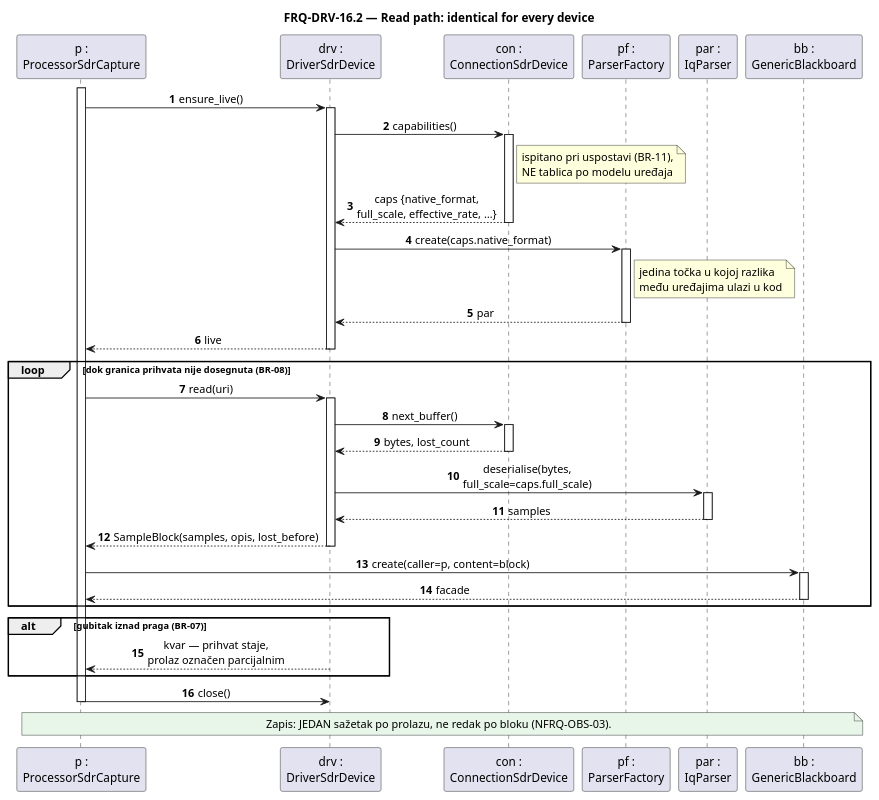
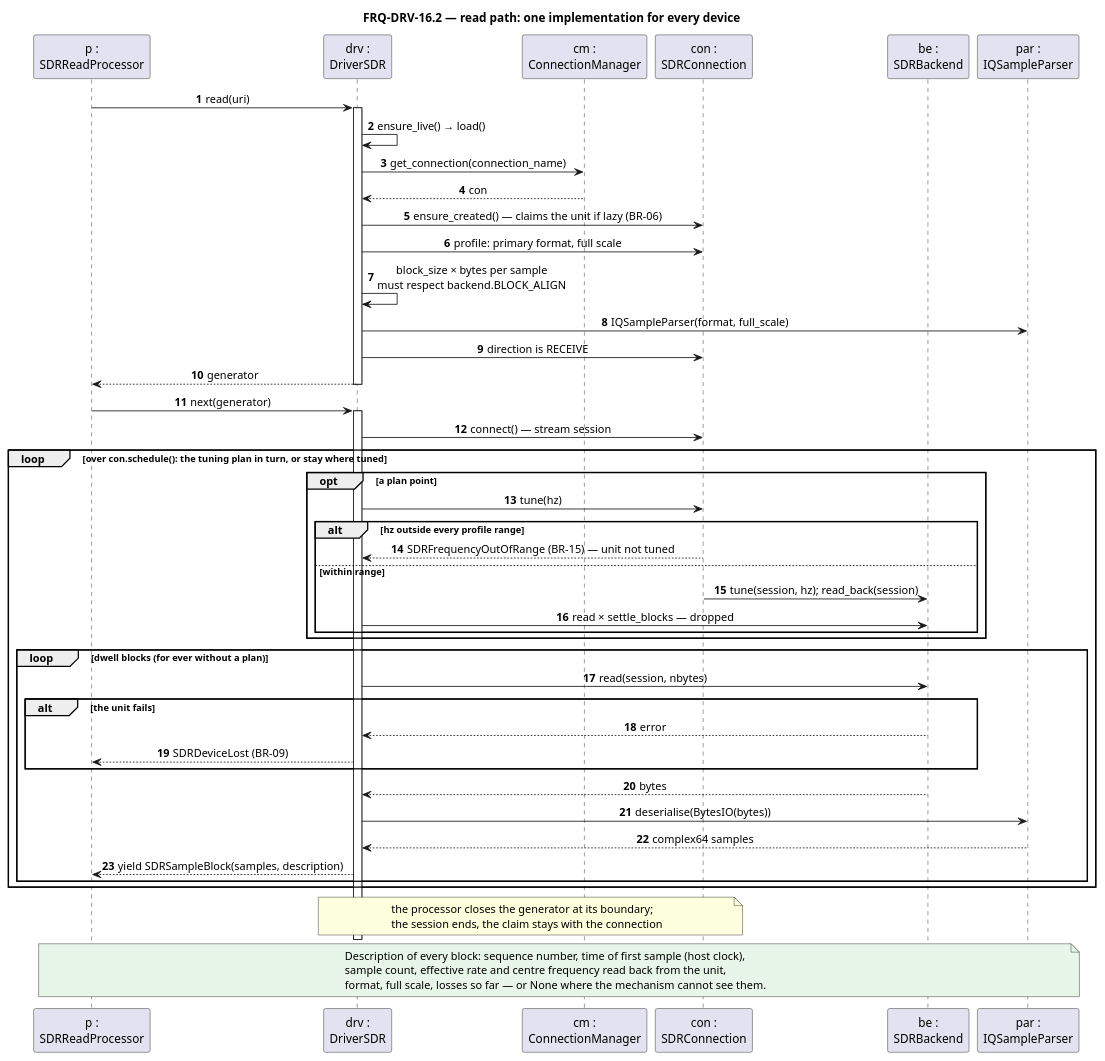
The diagram in 02-FRQ/FRQ-DRV-16.2-read-sequence.puml (wattleflow/documentation), drawn with PlantUML before and after one commit. The commit also changed 26 other files, not shown here.

```diff
--- a/02-FRQ/FRQ-DRV-16.2-read-sequence.puml
+++ b/02-FRQ/FRQ-DRV-16.2-read-sequence.puml
@@ -1,73 +1,66 @@
 @startuml FRQ-DRV-16.2-read-sequence
-' Putanja čitanja kao INTERAKCIJA — poziv po pozivu.
+' Putanja čitanja kao interakcija — poziv po pozivu.
 ' Gledište: izvedba. Publika: implementator.
-' Prikaz, ne izvor istine (D-13) — izvor je FRQ-DRV-16.2 §5.
-' Teza: ovaj tok je ISTI za prijamnik i za transceiver. Uređaj se
-' razlikuje samo u vrijednostima iz caps i u parseru koji tvornica vrati.
-title FRQ-DRV-16.2 — Read path: identical for every device
+' Prikaz, ne izvor istine (D-13) — izvor su FRQ-DRV-16.2 §5–§6, temeljni sloj
+' (IDriver, GenericDriver.ensure_live, GenericParser.deserialise) i kod blackwattle
+' drivers/sdr.py, connections/sdr/connection.py (usklađeno 2026-09-11).
+' Teza: tok je ISTI za svaki uređaj; razlika ulazi kroz profil i obiteljski backend.
+title FRQ-DRV-16.2 — read path: one implementation for every device
 
 autonumber
 skinparam SequenceMessageAlignment center
 
-participant "p :\nProcessorSdrCapture" as P
-participant "drv :\nDriverSdrDevice" as DRV
-participant "con :\nConnectionSdrDevice" as CON
-participant "pf :\nParserFactory" as PF
-participant "par :\nIqParser" as PAR
-participant "bb :\nGenericBlackboard" as BB
+participant "p :\nSDRReadProcessor" as P
+participant "drv :\nDriverSDR" as DRV
+participant "cm :\nConnectionManager" as CM
+participant "con :\nSDRConnection" as CON
+participant "be :\nSDRBackend" as BE
+participant "par :\nIQSampleParser" as PAR
 
-activate P
-P -> DRV : ensure_live()
+P -> DRV : read(uri)
 activate DRV
-DRV -> CON : capabilities()
-activate CON
-note right of CON
-  ispitano pri uspostavi (BR-11),
-  NE tablica po modelu uređaja
-end note
-CON --> DRV : caps {native_format,\nfull_scale, effective_rate, …}
-deactivate CON
-
-DRV -> PF : create(caps.native_format)
-activate PF
-note right of PF
-  jedina točka u kojoj razlika
-  među uređajima ulazi u kod
-end note
-PF --> DRV : par
-deactivate PF
-DRV --> P : live
+DRV -> DRV : ensure_live() → load()
+DRV -> CM : get_connection(connection_name)
+CM --> DRV : con
+DRV -> CON : ensure_created() — claims the unit if lazy (BR-06)
+DRV -> CON : profile: primary format, full scale
+DRV -> DRV : block_size × bytes per sample\nmust respect backend.BLOCK_ALIGN
+DRV -> PAR : IQSampleParser(format, full_scale)
+DRV -> CON : direction is RECEIVE
+DRV --> P : generator
 deactivate DRV
 
-loop dok granica prihvata nije dosegnuta (BR-08)
-  P -> DRV : read(uri)
-  activate DRV
-  DRV -> CON : next_buffer()
-  activate CON
-  CON --> DRV : bytes, lost_count
-  deactivate CON
-  DRV -> PAR : deserialise(bytes,\nfull_scale=caps.full_scale)
-  activate PAR
-  PAR --> DRV : samples
-  deactivate PAR
-  DRV --> P : SampleBlock(samples, opis, lost_before)
-  deactivate DRV
+P -> DRV : next(generator)
+activate DRV
+DRV -> CON : connect() — stream session
+loop over con.schedule(): the tuning plan in turn, or stay where tuned
+  opt a plan point
+    DRV -> CON : tune(hz)
+    alt hz outside every profile range
+      CON --> DRV : SDRFrequencyOutOfRange (BR-15) — unit not tuned
+    else within range
+      CON -> BE : tune(session, hz); read_back(session)
+      DRV -> BE : read × settle_blocks — dropped
+    end
+  end
+  loop dwell blocks (for ever without a plan)
+    DRV -> BE : read(session, nbytes)
+    alt the unit fails
+      BE --> DRV : error
+      DRV --> P : SDRDeviceLost (BR-09)
+    end
+    BE --> DRV : bytes
+    DRV -> PAR : deserialise(BytesIO(bytes))
+    PAR --> DRV : complex64 samples
+    DRV --> P : yield SDRSampleBlock(samples, description)
+  end
+end
+note over DRV, CON : the processor closes the generator at its boundary;\nthe session ends, the claim stays with the connection
+deactivate DRV
 
-  P -> BB : create(caller=p, content=block)
-  activate BB
-  BB --> P : facade
-  deactivate BB
-end
-
-alt gubitak iznad praga (BR-07)
-  DRV --> P : kvar — prihvat staje,\nprolaz označen parcijalnim
-end
-
-P -> DRV : close()
-deactivate P
-
-note over P, BB #E8F5E9
-  Zapis: JEDAN sažetak po prolazu, ne redak po bloku (NFRQ-OBS-03).
+note over P, PAR #E8F5E9
+  Description of every block: sequence number, time of first sample (host clock),
+  sample count, effective rate and centre frequency read back from the unit,
+  format, full scale, losses so far — or None where the mechanism cannot see them.
 end note
-
 @enduml
```
